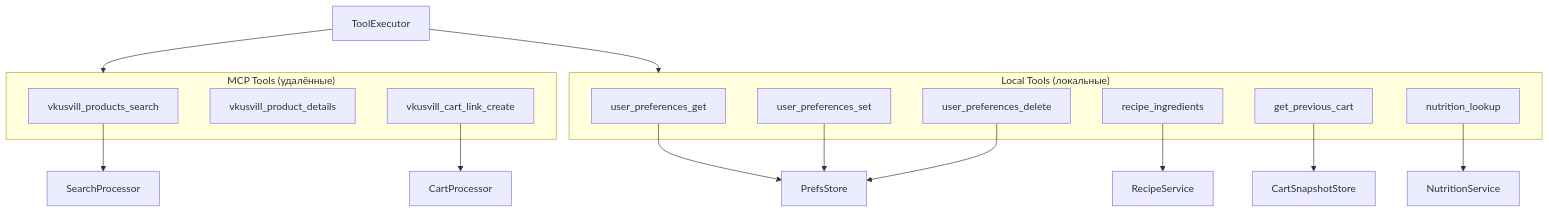
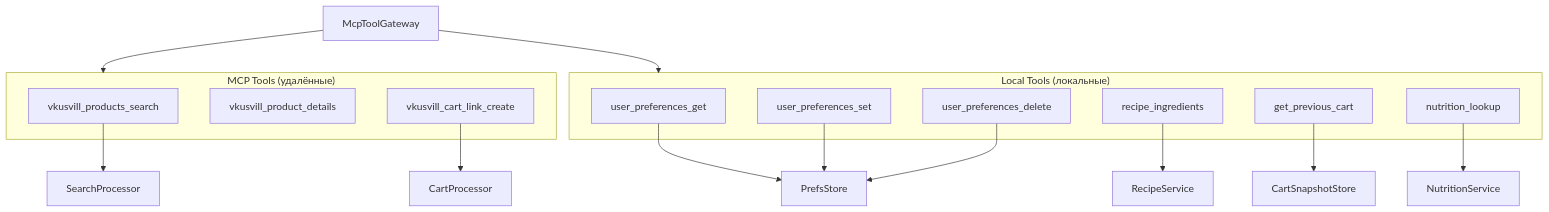
Before and after one commit to mrPDA/vkuswill_bot: the eighth of 8 diagrams in docs/ARCHITECTURE.md, drawn with Mermaid. The commit also changed other lines of this file and 7 other files, not shown here.

````diff
--- a/docs/ARCHITECTURE.md
+++ b/docs/ARCHITECTURE.md
@@ -353,32 +405,32 @@
 ```mermaid
 flowchart TB
-    TE[ToolExecutor]
+    MG[McpToolGateway]
     
     subgraph MCP["MCP Tools (удалённые)"]
         VS[vkusvill_products_search]
         VD[vkusvill_product_details]
         VCL[vkusvill_cart_link_create]
     end
 
     subgraph Local["Local Tools (локальные)"]
         UPG[user_preferences_get]
         UPS[user_preferences_set]
         UPD[user_preferences_delete]
         RI[recipe_ingredients]
         GPC[get_previous_cart]
         NL[nutrition_lookup]
     end
 
-    TE --> MCP
-    TE --> Local
+    MG --> MCP
+    MG --> Local
     
     UPG --> PrefsStore
     UPS --> PrefsStore
     UPD --> PrefsStore
     RI --> RecipeService
     GPC --> CartSnapshotStore
     NL --> NutritionService
     
     VS --> SearchProcessor
     VCL --> CartProcessor
 ```
````
